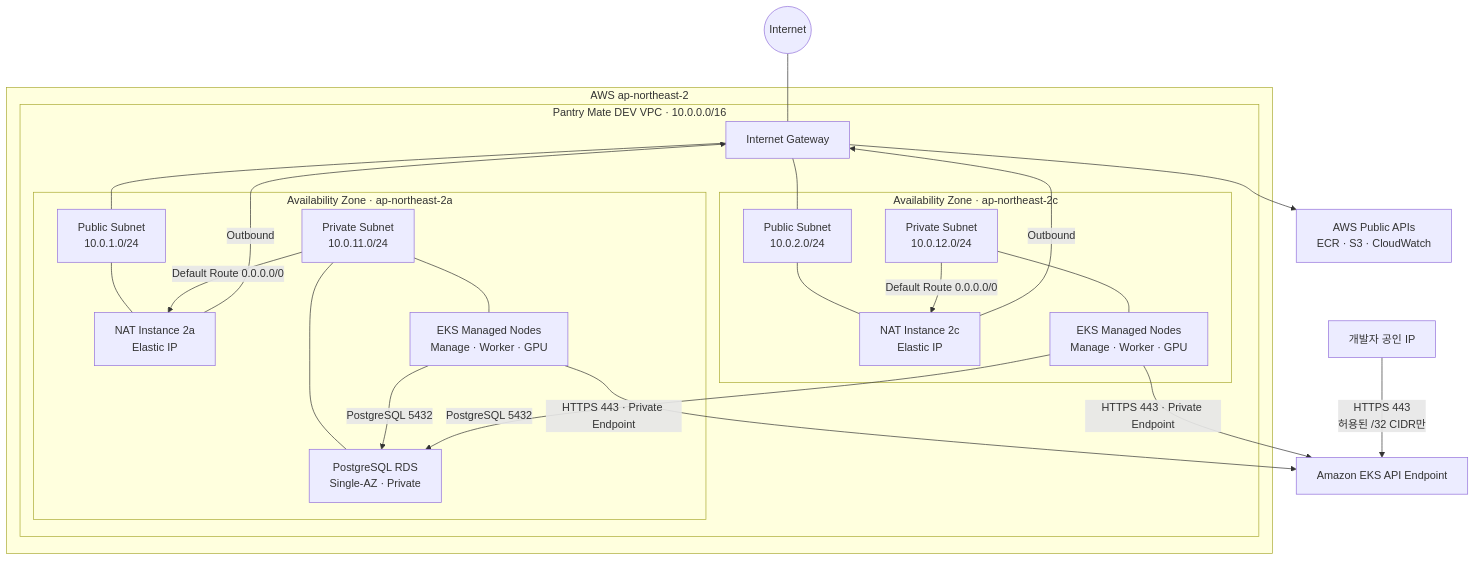
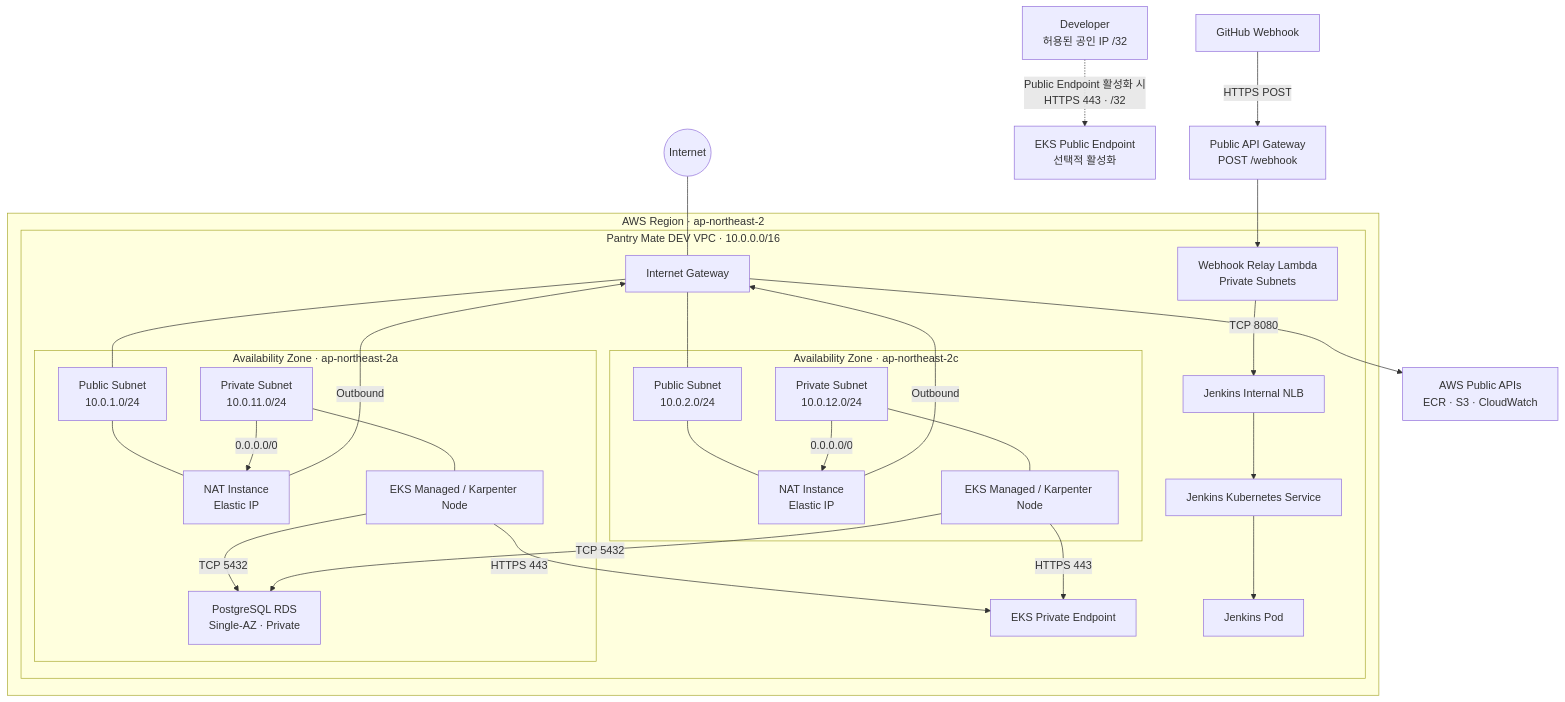
One commit to PantryMate-404NF/cloud changed the diagram in docs/network.md. Above: the diagram before and after it, drawn with Mermaid. The commit also changed other lines of this file and 2 other files, not shown here.

````diff
--- a/docs/network.md
+++ b/docs/network.md
@@ -11,54 +66,73 @@
 ```mermaid
 flowchart TB
-    Developer["개발자 공인 IP"]
+    Developer["Developer<br/>허용된 공인 IP /32"]
+    GitHub["GitHub Webhook"]
     Internet(("Internet"))
     AWSAPI["AWS Public APIs<br/>ECR · S3 · CloudWatch"]
-    EKSAPI["Amazon EKS API Endpoint"]
+    EKSPublic["EKS Public Endpoint<br/>선택적 활성화"]
+    APIGW["Public API Gateway<br/>POST /webhook"]
 
-    subgraph Seoul["AWS ap-northeast-2"]
+    subgraph Seoul["AWS Region · ap-northeast-2"]
+
         subgraph VPC["Pantry Mate DEV VPC · 10.0.0.0/16"]
+
             IGW["Internet Gateway"]
+            EKSPrivate["EKS Private Endpoint"]
 
             subgraph AZ2A["Availability Zone · ap-northeast-2a"]
                 Public2A["Public Subnet<br/>10.0.1.0/24"]
-                NAT2A["NAT Instance 2a<br/>Elastic IP"]
+                NAT2A["NAT Instance<br/>Elastic IP"]
+
                 Private2A["Private Subnet<br/>10.0.11.0/24"]
-                Nodes2A["EKS Managed Nodes<br/>Manage · Worker · GPU"]
+                Nodes2A["EKS Managed / Karpenter Node"]
                 RDS["PostgreSQL RDS<br/>Single-AZ · Private"]
             end
 
             subgraph AZ2C["Availability Zone · ap-northeast-2c"]
                 Public2C["Public Subnet<br/>10.0.2.0/24"]
-                NAT2C["NAT Instance 2c<br/>Elastic IP"]
+                NAT2C["NAT Instance<br/>Elastic IP"]
+
                 Private2C["Private Subnet<br/>10.0.12.0/24"]
-                Nodes2C["EKS Managed Nodes<br/>Manage · Worker · GPU"]
+                Nodes2C["EKS Managed / Karpenter Node"]
             end
+
+            Lambda["Webhook Relay Lambda<br/>Private Subnets"]
+            JenkinsNLB["Jenkins Internal NLB"]
+            JenkinsService["Jenkins Kubernetes Service"]
+            Jenkins["Jenkins Pod"]
 
         end
     end
 
-    Developer -->|"HTTPS 443<br/>허용된 /32 CIDR만"| EKSAPI
+    Developer -.->|"Public Endpoint 활성화 시<br/>HTTPS 443 · /32"| EKSPublic
+    GitHub -->|"HTTPS POST"| APIGW
+    APIGW --> Lambda
+    Lambda -->|"TCP 8080"| JenkinsNLB
+    JenkinsNLB --> JenkinsService
+    JenkinsService --> Jenkins
+
+    Internet --- IGW
+
+    IGW --- Public2A
+    IGW --- Public2C
 
     Public2A --- NAT2A
     Public2C --- NAT2C
-    IGW --- Public2A
-    IGW --- Public2C
-    Internet --- IGW
 
-    Private2A -->|"Default Route 0.0.0.0/0"| NAT2A
-    Private2C -->|"Default Route 0.0.0.0/0"| NAT2C
+    Private2A -->|"0.0.0.0/0"| NAT2A
+    Private2C -->|"0.0.0.0/0"| NAT2C
 
     Private2A --- Nodes2A
     Private2C --- Nodes2C
-    Private2A --- RDS
-    Nodes2A -->|"PostgreSQL 5432"| RDS
-    Nodes2C -->|"PostgreSQL 5432"| RDS
+
+    Nodes2A -->|"TCP 5432"| RDS
+    Nodes2C -->|"TCP 5432"| RDS
 
     NAT2A -->|"Outbound"| IGW
     NAT2C -->|"Outbound"| IGW
+
     IGW --> AWSAPI
 
-    Nodes2A -->|"HTTPS 443 · Private Endpoint"| EKSAPI
-    Nodes2C -->|"HTTPS 443 · Private Endpoint"| EKSAPI
-
+    Nodes2A -->|"HTTPS 443"| EKSPrivate
+    Nodes2C -->|"HTTPS 443"| EKSPrivate
 ```
````
